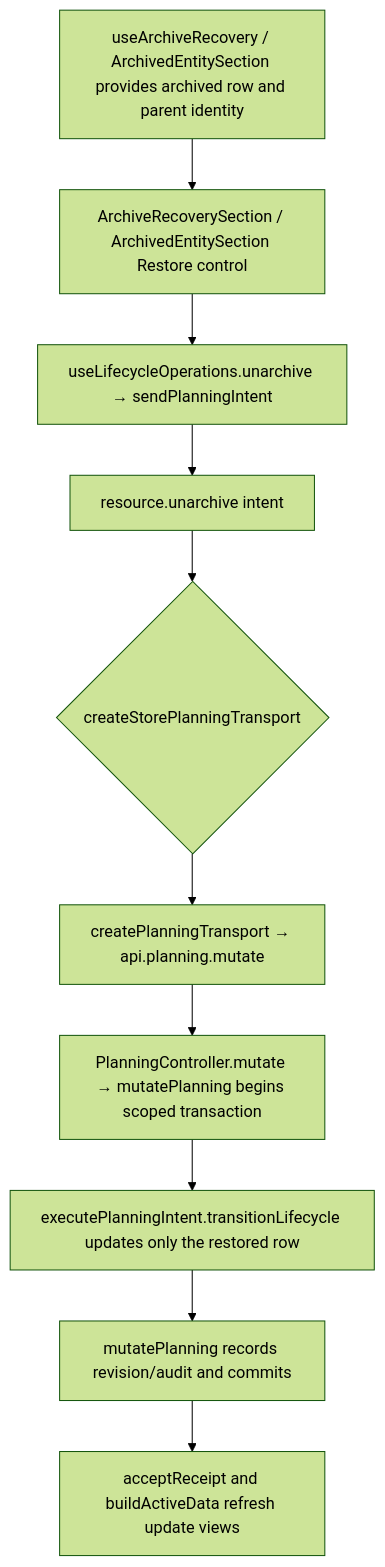
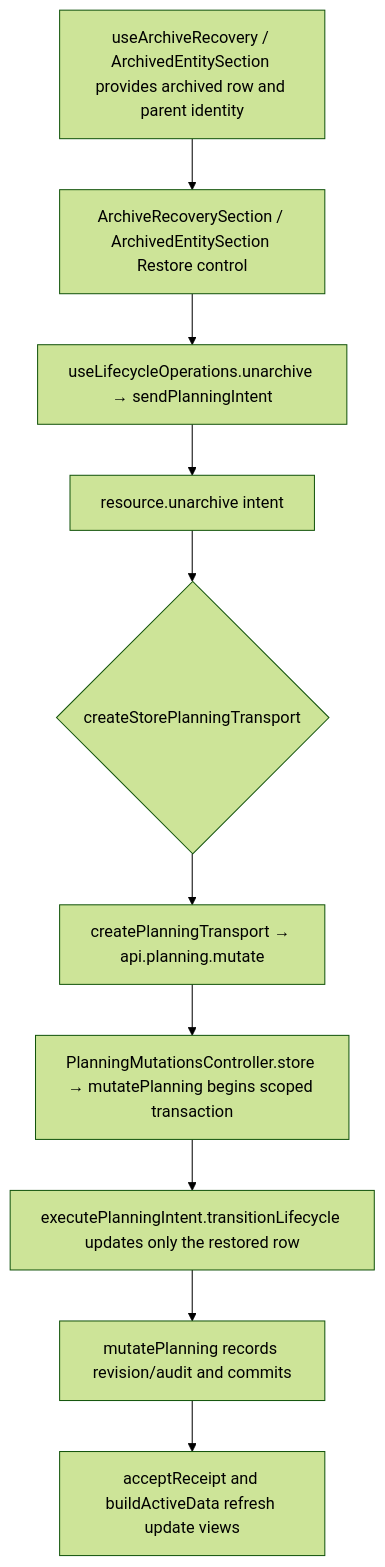
The second of 2 diagrams in user-stories/resources/US-RES-13-restore-resource.md (Kevinjohn/capacitylens), drawn with Mermaid (forest theme) before and after one commit. The commit also changed other lines of this file and 139 other files, not shown here.

````diff
--- a/user-stories/resources/US-RES-13-restore-resource.md
+++ b/user-stories/resources/US-RES-13-restore-resource.md
@@ -28,8 +28,8 @@
 ```mermaid
 flowchart TD
   A["useArchiveRecovery / ArchivedEntitySection provides archived row and parent identity"] --> B["ArchiveRecoverySection / ArchivedEntitySection Restore control"]
   B --> C["useLifecycleOperations.unarchive → sendPlanningIntent"] --> D["resource.unarchive intent"]
   D --> E{"createStorePlanningTransport"}
-  E --> F["createPlanningTransport → api.planning.mutate"] --> G["PlanningController.mutate → mutatePlanning begins scoped transaction"]
+  E --> F["createPlanningTransport → api.planning.mutate"] --> G["PlanningMutationsController.store → mutatePlanning begins scoped transaction"]
   G --> H["executePlanningIntent.transitionLifecycle updates only the restored row"] --> K["mutatePlanning records revision/audit and commits"] --> J["acceptReceipt and buildActiveData refresh update views"]
 ```
````
